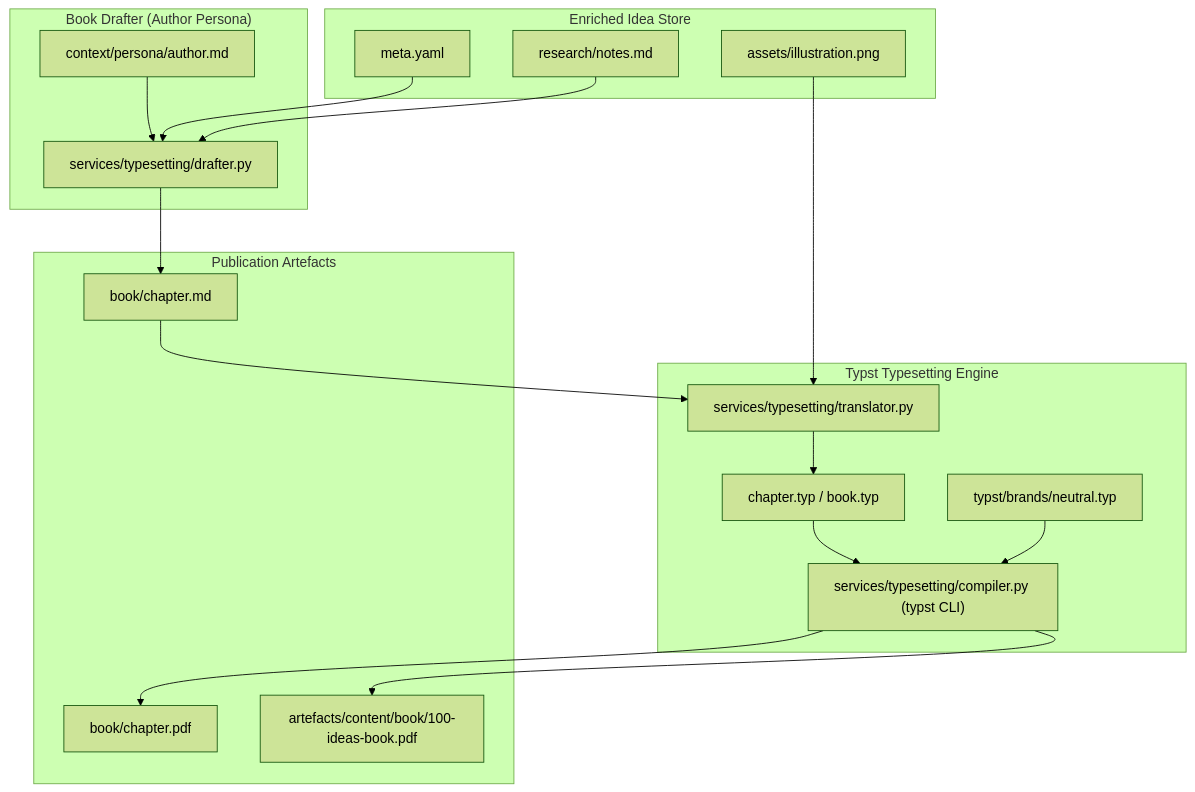
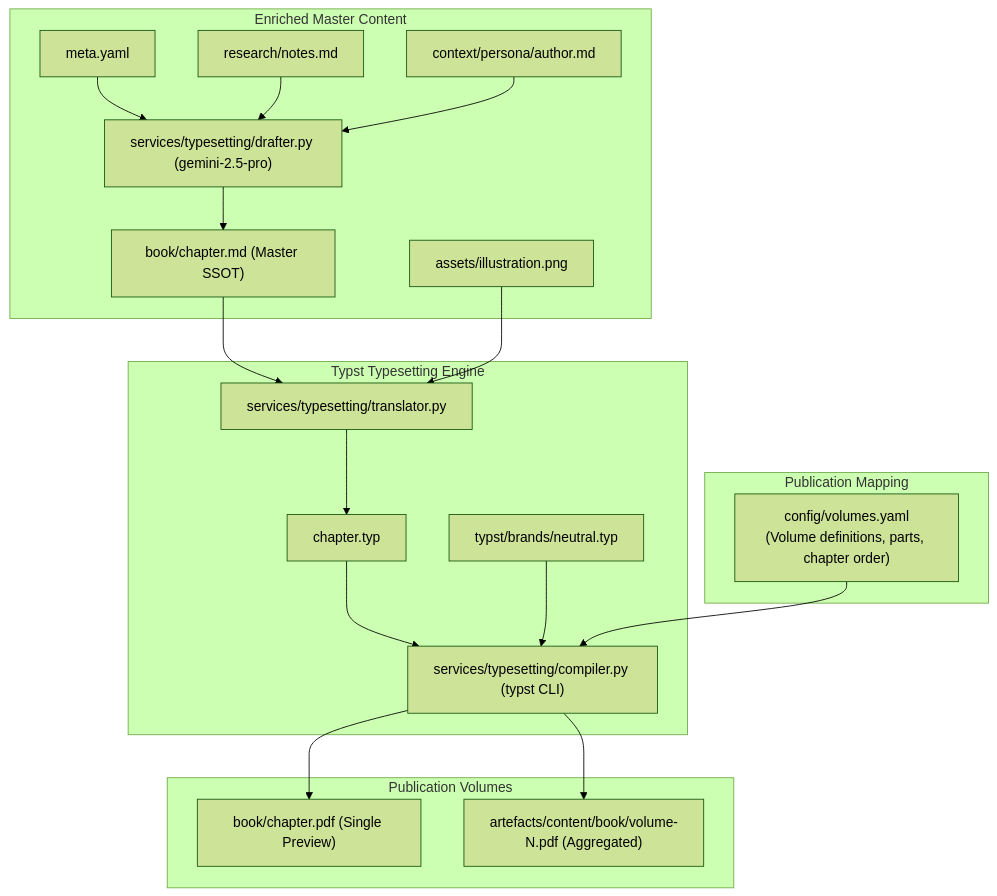
The third of 4 diagrams in artefacts/architecture/architecture.md (Schmoiger/100-ideas), drawn with Mermaid (forest theme) before and after one commit. The commit also changed other lines of this file and 4 other files, not shown here.

First line of the commit message:
docs(architecture): complete continuous publishing review

````diff
--- a/artefacts/architecture/architecture.md
+++ b/artefacts/architecture/architecture.md
@@ -141,39 +169,41 @@
 ```mermaid
 flowchart TD
-    subgraph EnrichedStore["Enriched Idea Store"]
+    subgraph Config["Publication Mapping"]
+        VOL_CFG["config/volumes.yaml\n(Volume definitions, parts, chapter order)"]
+    end
+
+    subgraph EnrichedStore["Enriched Master Content"]
         META["meta.yaml"]
         RES["research/notes.md"]
         IMG["assets/illustration.png"]
-    end
-
-    subgraph BookDrafter["Book Drafter (Author Persona)"]
         STYLE["context/persona/author.md"]
-        DRAFT["services/typesetting/drafter.py"]
+        DRAFT["services/typesetting/drafter.py (gemini-2.5-pro)"]
+        MD_CHAPTER["book/chapter.md (Master SSOT)"]
     end
 
     subgraph TypstPipeline["Typst Typesetting Engine"]
         TRANS["services/typesetting/translator.py"]
-        TYPST_SRC["chapter.typ / book.typ"]
+        TYPST_SRC["chapter.typ"]
         COMPILER["services/typesetting/compiler.py (typst CLI)"]
         BRAND["typst/brands/neutral.typ"]
     end
 
-    subgraph Outputs["Publication Artefacts"]
-        MD_CHAPTER["book/chapter.md"]
-        PDF_CHAPTER["book/chapter.pdf"]
-        PDF_BOOK["artefacts/content/book/100-ideas-book.pdf"]
+    subgraph Outputs["Publication Volumes"]
+        PDF_CHAPTER["book/chapter.pdf (Single Preview)"]
+        PDF_VOLUME["artefacts/content/book/volume-N.pdf (Aggregated)"]
     end
 
     META --> DRAFT
     RES --> DRAFT
     STYLE --> DRAFT
     DRAFT --> MD_CHAPTER
 
     MD_CHAPTER --> TRANS
     IMG --> TRANS
     TRANS --> TYPST_SRC
+    TYPST_SRC --> COMPILER
     BRAND --> COMPILER
-    TYPST_SRC --> COMPILER
+    VOL_CFG --> COMPILER
     COMPILER --> PDF_CHAPTER
-    COMPILER --> PDF_BOOK
+    COMPILER --> PDF_VOLUME
 ```
````
